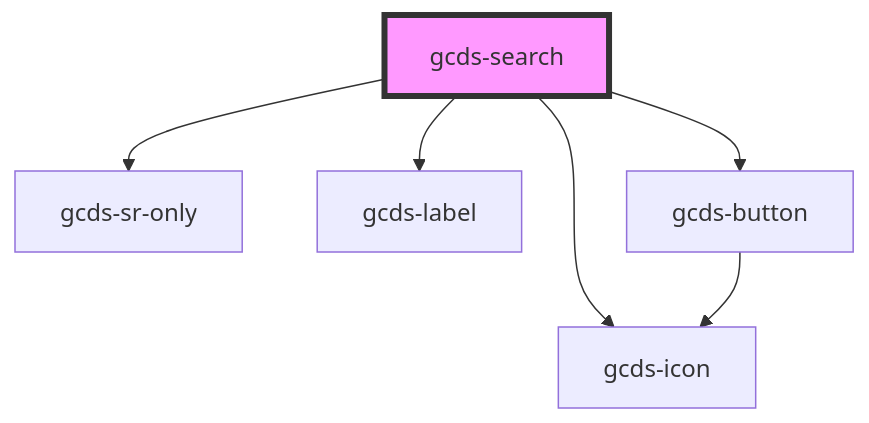
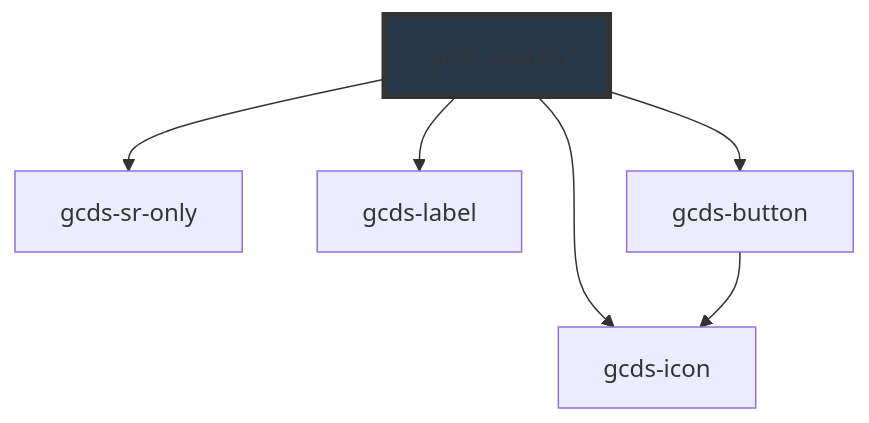
One commit to cds-snc/gcds-components changed the diagram in packages/web/src/components/gcds-search/readme.md. Above: the diagram before and after it, drawn with Mermaid. The commit also changed other lines of this file and 44 other files, not shown here.

````diff
--- a/packages/web/src/components/gcds-search/readme.md
+++ b/packages/web/src/components/gcds-search/readme.md
@@ -42,9 +42,9 @@
 ```mermaid
 graph TD;
   gcds-search --> gcds-sr-only
   gcds-search --> gcds-label
   gcds-search --> gcds-button
   gcds-search --> gcds-icon
   gcds-button --> gcds-icon
-  style gcds-search fill:#f9f,stroke:#333,stroke-width:4px
+  style gcds-search fill:#26374a,stroke:#333,stroke-width:4px
 ```
````
